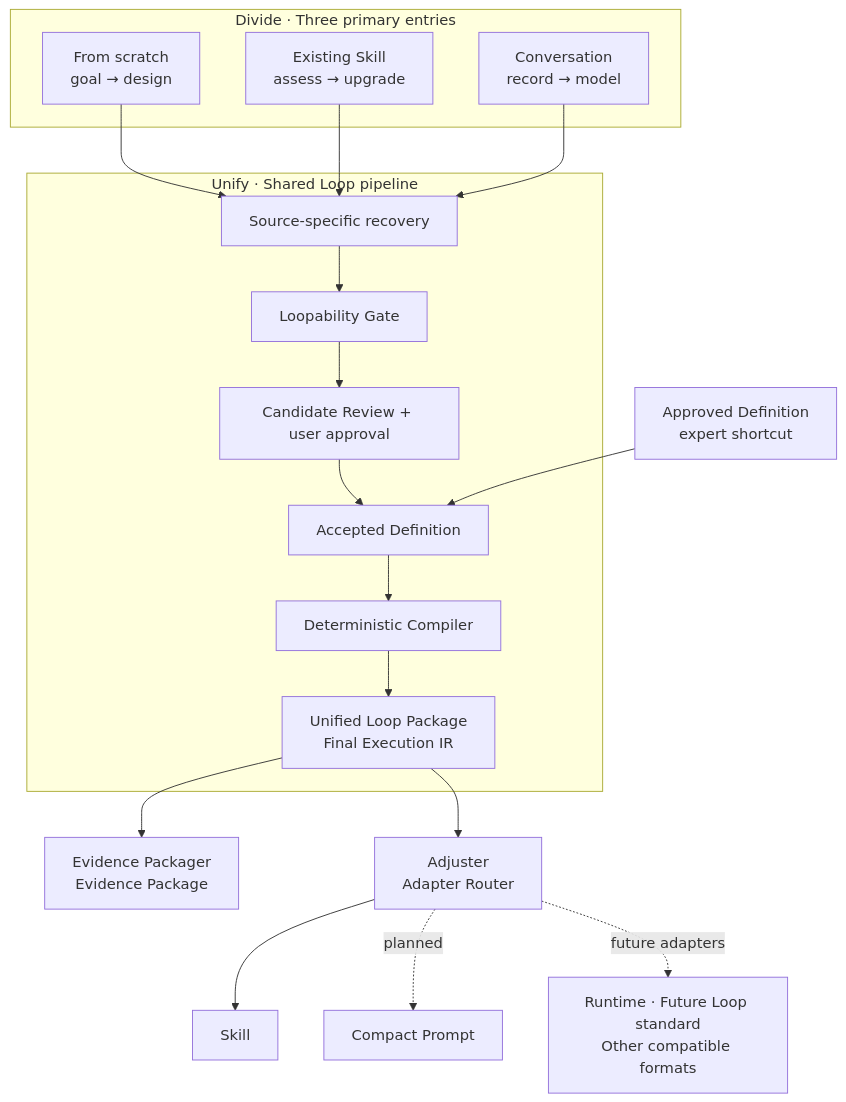
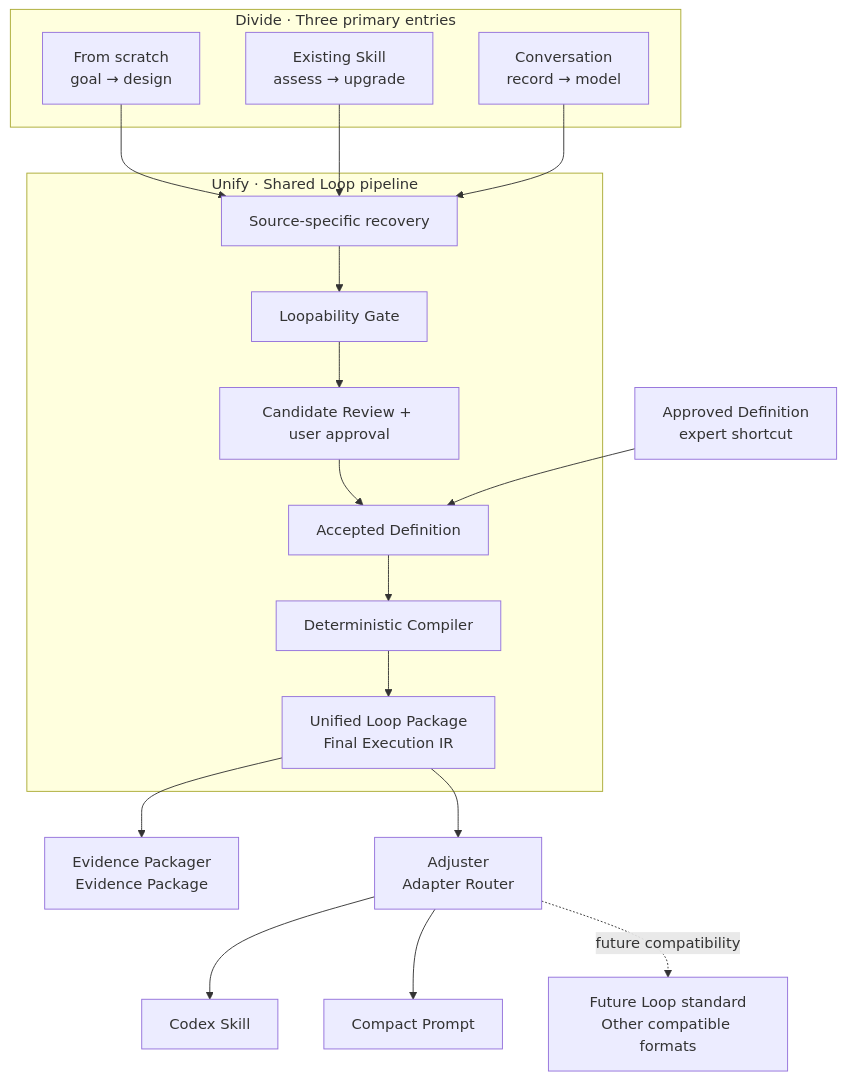
The diagram in README.md (Conradgui/loop-craft), drawn with Mermaid before and after one commit. The commit also changed other lines of this file and 7 other files, not shown here.

````diff
--- a/README.md
+++ b/README.md
@@ -24,31 +29,31 @@
 ```mermaid
 flowchart TB
     subgraph ENTRY["Divide · Three primary entries"]
         E1["From scratch<br/>goal → design"]
         E2["Existing Skill<br/>assess → upgrade"]
         E3["Conversation<br/>record → model"]
     end
 
     subgraph CORE["Unify · Shared Loop pipeline"]
         C1["Source-specific recovery"]
         C2["Loopability Gate"]
         C3["Candidate Review + user approval"]
         C4["Accepted Definition"]
         C5["Deterministic Compiler"]
         C6["Unified Loop Package<br/>Final Execution IR"]
         C1 --> C2 --> C3 --> C4 --> C5 --> C6
     end
 
     E1 --> C1
     E2 --> C1
     E3 --> C1
 
     D["Approved Definition<br/>expert shortcut"] --> C4
 
     C6 --> EP["Evidence Packager<br/>Evidence Package"]
     C6 --> AR["Adjuster<br/>Adapter Router"]
 
-    AR --> S["Skill"]
-    AR -. planned .-> P["Compact Prompt"]
-    AR -. future adapters .-> F["Runtime · Future Loop standard<br/>Other compatible formats"]
+    AR --> S["Codex Skill"]
+    AR --> P["Compact Prompt"]
+    AR -. future compatibility .-> F["Future Loop standard<br/>Other compatible formats"]
 ```
````
